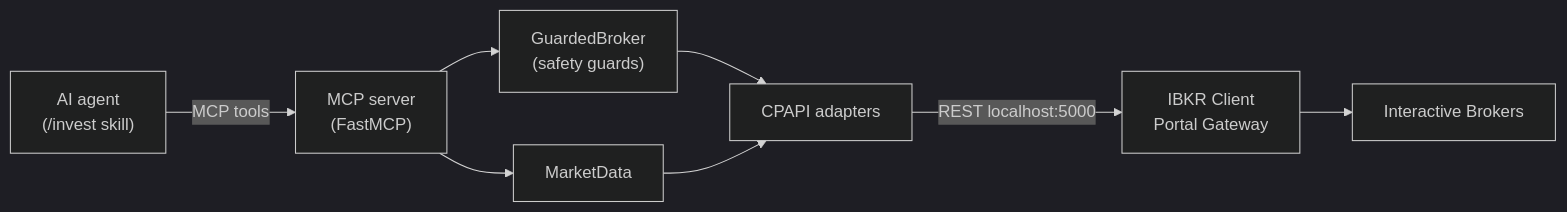
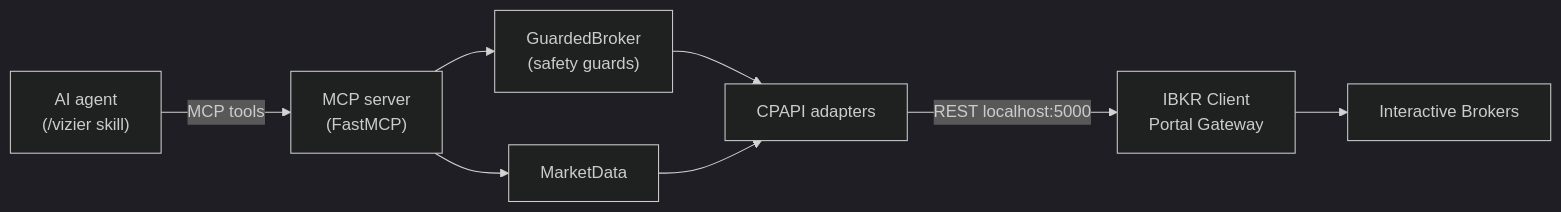
The diagram in README.md (pedrobraiti/agentic-trading-mcp), drawn with Mermaid (dark theme) before and after one commit. The commit also changed other lines of this file and 12 other files, not shown here.

````diff
--- a/README.md
+++ b/README.md
@@ -32,10 +34,10 @@
 ```mermaid
 flowchart LR
-    A["AI agent<br/>(/invest skill)"] -->|MCP tools| B["MCP server<br/>(FastMCP)"]
+    A["AI agent<br/>(/vizier skill)"] -->|MCP tools| B["MCP server<br/>(FastMCP)"]
     B --> C["GuardedBroker<br/>(safety guards)"]
     B --> D["MarketData"]
     C --> E["CPAPI adapters"]
     D --> E
     E -->|REST localhost:5000| F["IBKR Client<br/>Portal Gateway"]
     F --> G["Interactive Brokers"]
 ```
````
